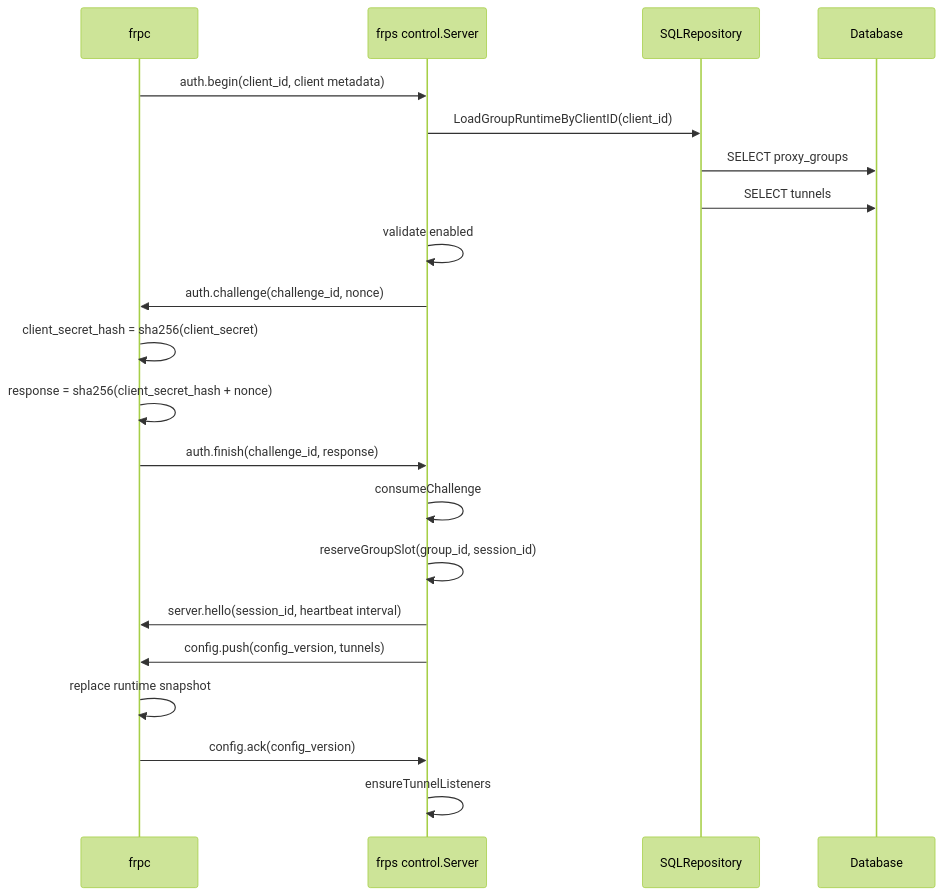
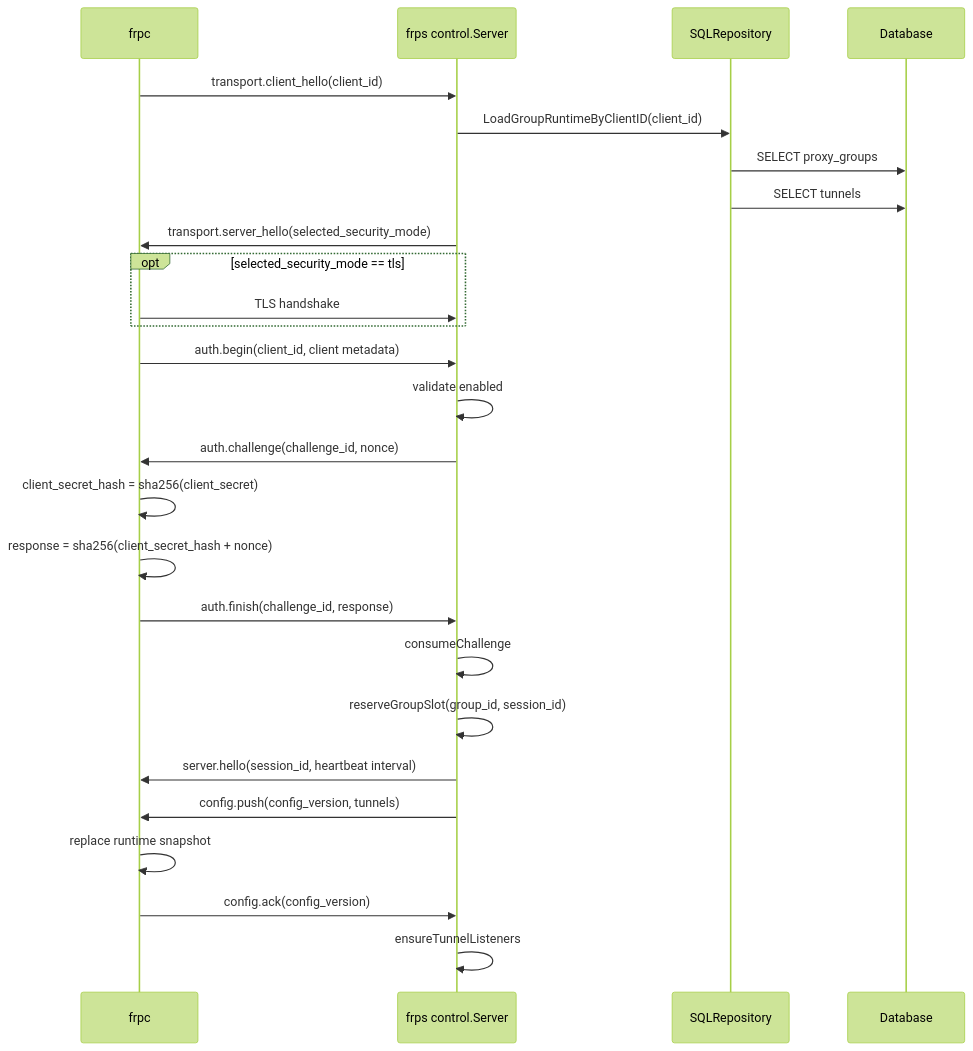
The fourth of 6 diagrams in docs/frps-frpc-current-architecture.md (Zightch/frp), drawn with Mermaid (forest theme) before and after one commit. The commit also changed other lines of this file and 16 other files, not shown here.

Commit message:
docs: sync control architecture and regression entries

````diff
--- a/docs/frps-frpc-current-architecture.md
+++ b/docs/frps-frpc-current-architecture.md
@@ -135,24 +134,29 @@
 ```mermaid
 sequenceDiagram
     participant C as frpc
     participant S as frps control.Server
     participant R as SQLRepository
     participant D as Database
 
-    C->>S: auth.begin(client_id, client metadata)
+    C->>S: transport.client_hello(client_id)
     S->>R: LoadGroupRuntimeByClientID(client_id)
     R->>D: SELECT proxy_groups
     R->>D: SELECT tunnels
+    S->>C: transport.server_hello(selected_security_mode)
+    opt selected_security_mode == tls
+        C->>S: TLS handshake
+    end
+    C->>S: auth.begin(client_id, client metadata)
     S->>S: validate enabled
     S->>C: auth.challenge(challenge_id, nonce)
     C->>C: client_secret_hash = sha256(client_secret)
     C->>C: response = sha256(client_secret_hash + nonce)
     C->>S: auth.finish(challenge_id, response)
     S->>S: consumeChallenge
     S->>S: reserveGroupSlot(group_id, session_id)
     S->>C: server.hello(session_id, heartbeat interval)
     S->>C: config.push(config_version, tunnels)
     C->>C: replace runtime snapshot
     C->>S: config.ack(config_version)
     S->>S: ensureTunnelListeners
 ```
````
